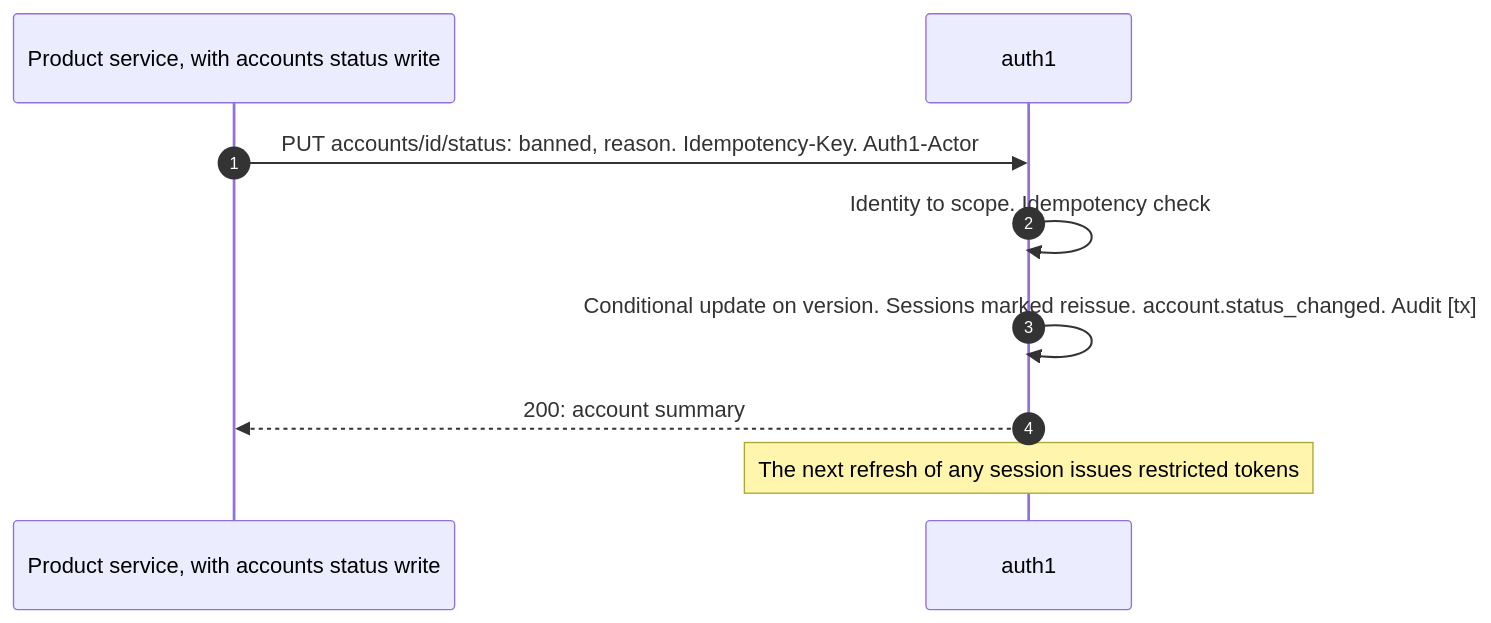
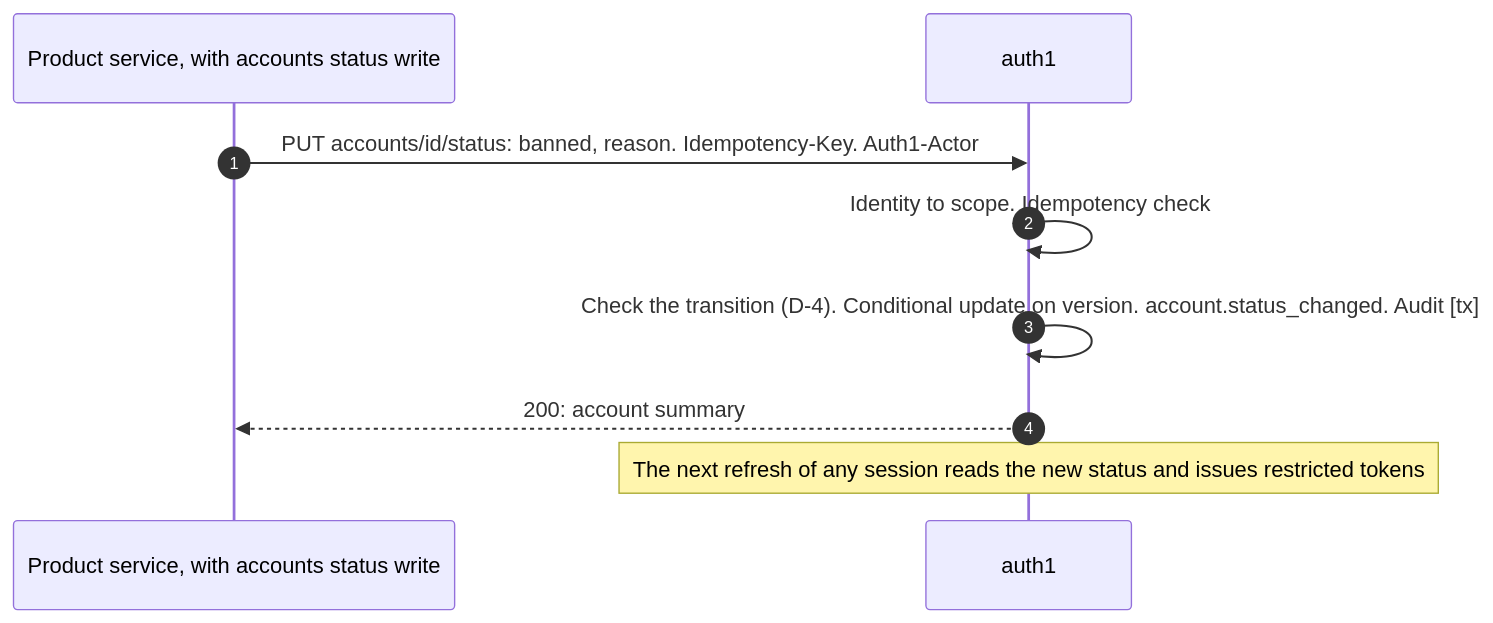
One commit to arafat-hasan/auth1 changed the fifth of 9 diagrams in docs/design.md. Above: the diagram before and after it, drawn with Mermaid. The commit also changed other lines of this file and 1 other file, not shown here.

````diff
--- a/docs/design.md
+++ b/docs/design.md
@@ -720,11 +860,11 @@
 ```mermaid
 sequenceDiagram
   autonumber
   participant S as Product service, with accounts status write
   participant A as auth1
   S->>A: PUT accounts/id/status: banned, reason. Idempotency-Key. Auth1-Actor
   A->>A: Identity to scope. Idempotency check
-  A->>A: Conditional update on version. Sessions marked reissue. account.status_changed. Audit [tx]
+  A->>A: Check the transition (D-4). Conditional update on version. account.status_changed. Audit [tx]
   A-->>S: 200: account summary
-  Note over A: The next refresh of any session issues restricted tokens
+  Note over A: The next refresh of any session reads the new status and issues restricted tokens
 ```
````
